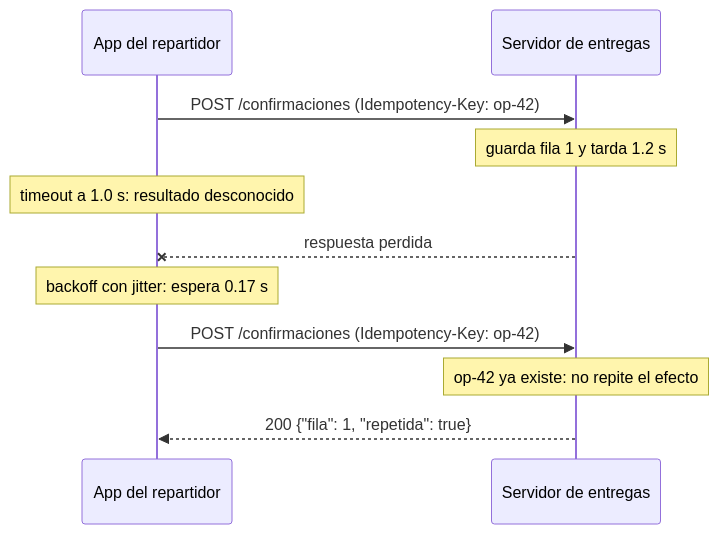
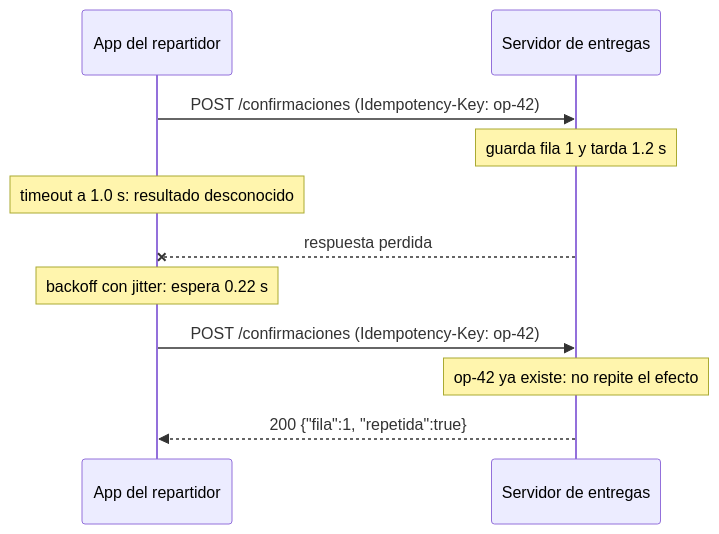
Before and after one commit to NICORUIZ93/The_Imperial_Book: the first of 8 diagrams in web/public/content/arquitectura/modulo-1.md, drawn with Mermaid. The commit also changed other lines of this file and 1 other file, not shown here.

````diff
--- a/web/public/content/arquitectura/modulo-1.md
+++ b/web/public/content/arquitectura/modulo-1.md
@@ -137,13 +137,13 @@
 ```mermaid
 sequenceDiagram
     participant C as App del repartidor
     participant S as Servidor de entregas
     C->>S: POST /confirmaciones (Idempotency-Key: op-42)
     Note over S: guarda fila 1 y tarda 1.2 s
     Note over C: timeout a 1.0 s: resultado desconocido
     S--xC: respuesta perdida
-    Note over C: backoff con jitter: espera 0.17 s
+    Note over C: backoff con jitter: espera 0.22 s
     C->>S: POST /confirmaciones (Idempotency-Key: op-42)
     Note over S: op-42 ya existe: no repite el efecto
-    S-->>C: 200 {"fila": 1, "repetida": true}
+    S-->>C: 200 {"fila":1, "repetida":true}
 ```
````
